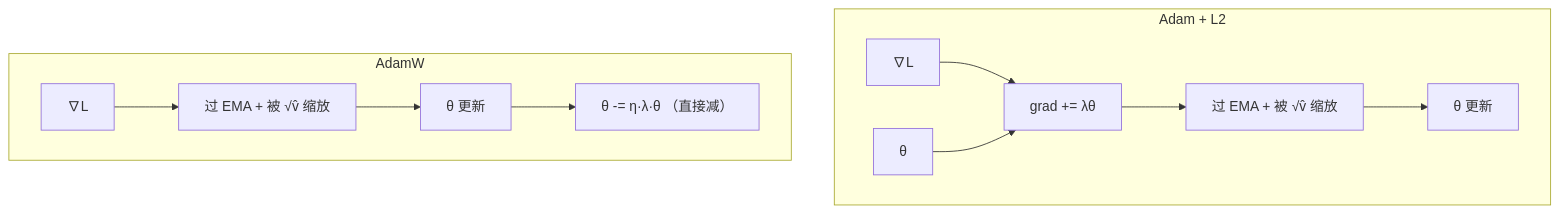
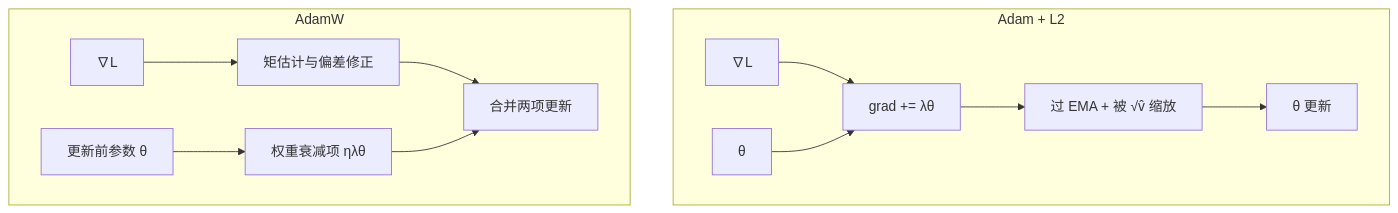
The third of 3 diagrams in posts/2026-05-29-Optimizer-从SGD到AdamW.md (WryGill/wrygill.github.io), drawn with Mermaid before and after one commit. The commit also changed other lines of this file and 13 other files, not shown here.

````diff
--- a/posts/2026-05-29-Optimizer-从SGD到AdamW.md
+++ b/posts/2026-05-29-Optimizer-从SGD到AdamW.md
@@ -198,14 +186,15 @@
 ```mermaid
 graph TD
     subgraph "Adam + L2"
         G1["∇L"] --> M1["grad += λθ"]
         W1["θ"] --> M1
         M1 --> S1["过 EMA + 被 √v̂ 缩放"]
         S1 --> U1["θ 更新"]
     end
     subgraph "AdamW"
-        G2["∇L"] --> S2["过 EMA + 被 √v̂ 缩放"]
-        S2 --> U2["θ 更新"]
-        U2 --> WD["θ -= η·λ·θ （直接减）"]
+        G2["∇L"] --> S2["矩估计与偏差修正"]
+        S2 --> U2["合并两项更新"]
+        W2["更新前参数 θ"] --> WD["权重衰减项 ηλθ"]
+        WD --> U2
     end
 ```
````
